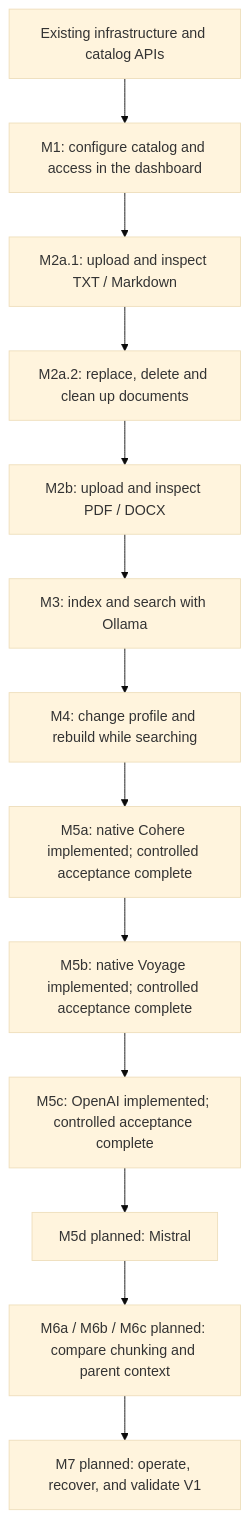
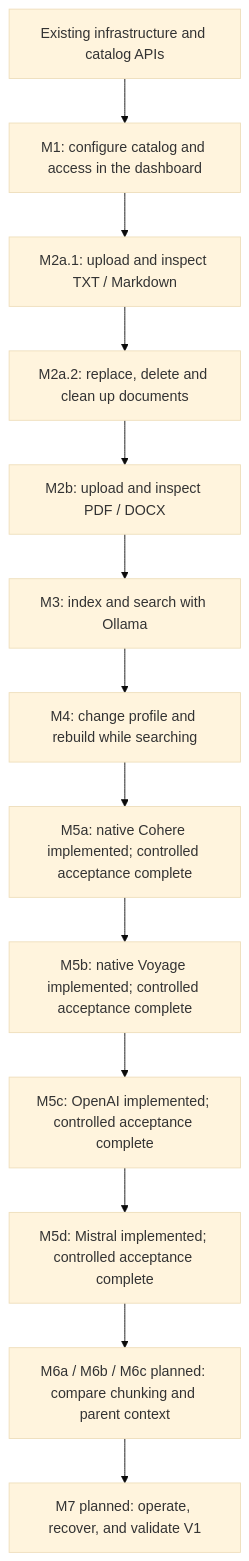
Before and after one commit to SimonLoir/vectorix: the fifth of 5 diagrams in docs/rag-implementation-plan.md, drawn with Mermaid (base theme). The commit also changed other lines of this file and 33 other files, not shown here.

````diff
--- a/docs/rag-implementation-plan.md
+++ b/docs/rag-implementation-plan.md
@@ -244,15 +245,15 @@
 ```mermaid
 flowchart TD
     BASE["Existing infrastructure and catalog APIs"] --> M1["M1: configure catalog and access in the dashboard"]
     M1 --> M2A["M2a.1: upload and inspect TXT / Markdown"]
     M2A --> M2A2["M2a.2: replace, delete and clean up documents"]
     M2A2 --> M2B["M2b: upload and inspect PDF / DOCX"]
     M2B --> M3["M3: index and search with Ollama"]
     M3 --> M4["M4: change profile and rebuild while searching"]
     M4 --> M5A["M5a: native Cohere implemented; controlled acceptance complete"]
     M5A --> M5B["M5b: native Voyage implemented; controlled acceptance complete"]
     M5B --> M5C["M5c: OpenAI implemented; controlled acceptance complete"]
-    M5C --> M5D["M5d planned: Mistral"]
+    M5C --> M5D["M5d: Mistral implemented; controlled acceptance complete"]
     M5D --> M6["M6a / M6b / M6c planned: compare chunking and parent context"]
     M6 --> M7["M7 planned: operate, recover, and validate V1"]
 ```
````
